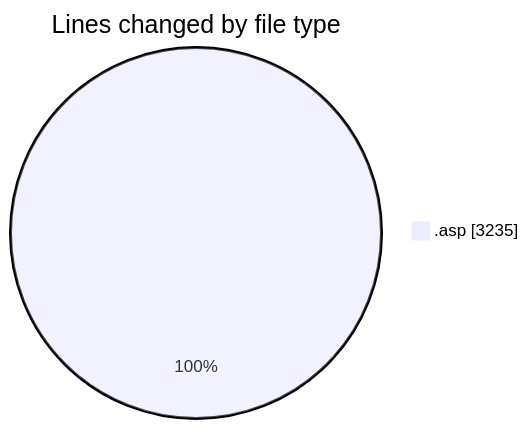
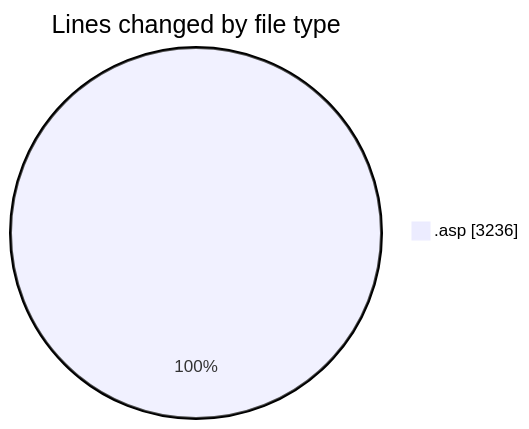
Before and after one commit to julien-gomy/code-tracking: the first of 2 diagrams in 2025-10-11/cdp_aleoudev_fr__workspace_/README.md, drawn with Mermaid. The commit also changed other lines of this file and 1 other file, not shown here.

````diff
--- a/2025-10-11/cdp_aleoudev_fr__workspace_/README.md
+++ b/2025-10-11/cdp_aleoudev_fr__workspace_/README.md
@@ -25,5 +25,5 @@
 ```mermaid
 pie showData
 title Lines changed by file type
-".asp" : 3235
+".asp" : 3236
 ```
````
